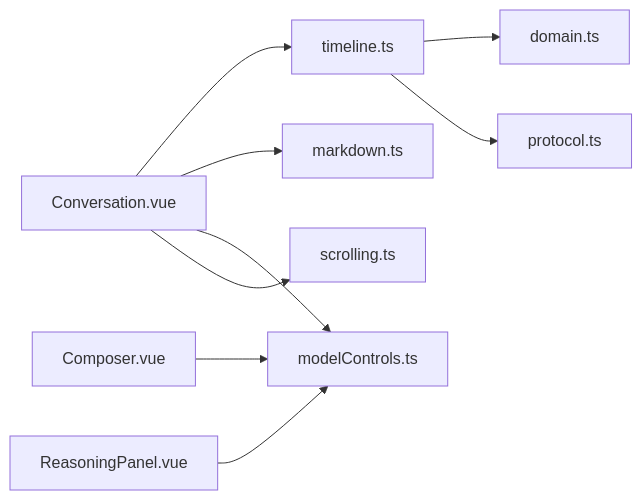
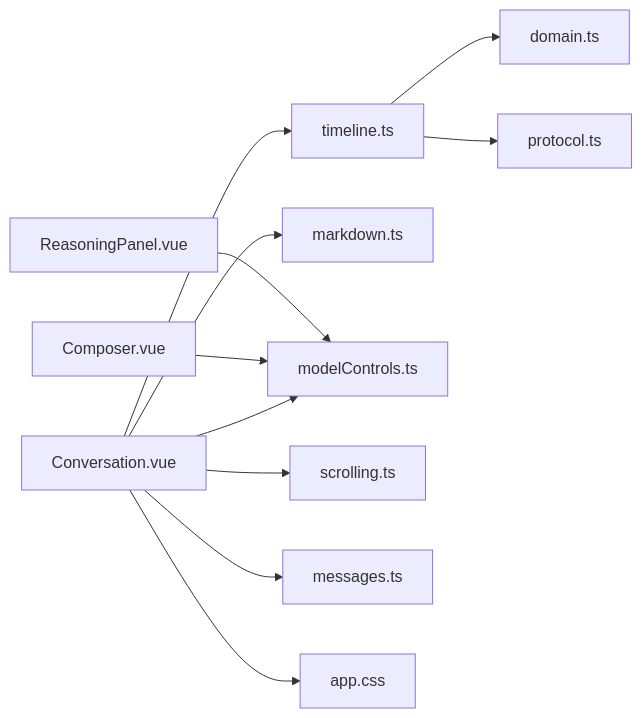
Before and after one commit to dyx-9163/ai-aifar: the third of 3 diagrams in .qoder/repowiki/zh/content/用户界面/聊天对话组件.md, drawn with Mermaid. The commit also changed other lines of this file and 37 other files, not shown here.

````diff
--- a/.qoder/repowiki/zh/content/用户界面/聊天对话组件.md
+++ b/.qoder/repowiki/zh/content/用户界面/聊天对话组件.md
@@ -325,11 +371,13 @@
 ```mermaid
 graph LR
 Conv["Conversation.vue"] --> TL["timeline.ts"]
 Conv --> MD["markdown.ts"]
 Conv --> MC["modelControls.ts"]
 Conv --> SC["scrolling.ts"]
 Comp["Composer.vue"] --> MC
 RP["ReasoningPanel.vue"] --> MC
 TL --> DOM["domain.ts"]
 TL --> PRO["protocol.ts"]
+Conv --> MSG["messages.ts"]
+Conv --> CSS["app.css"]
 ```
````
